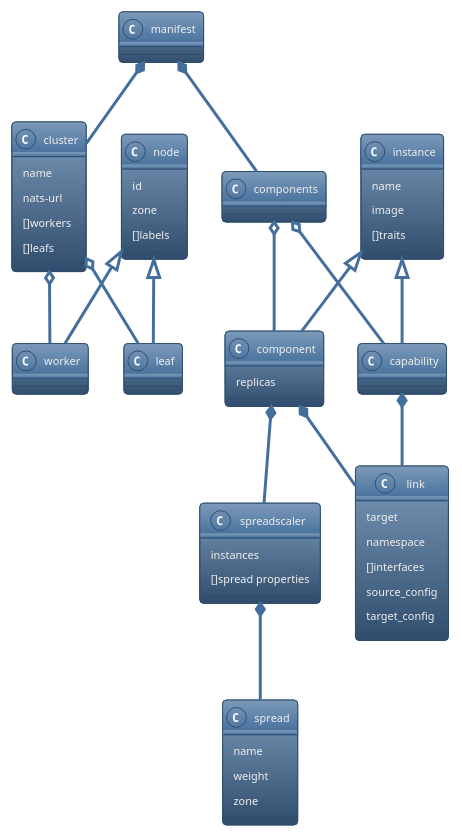
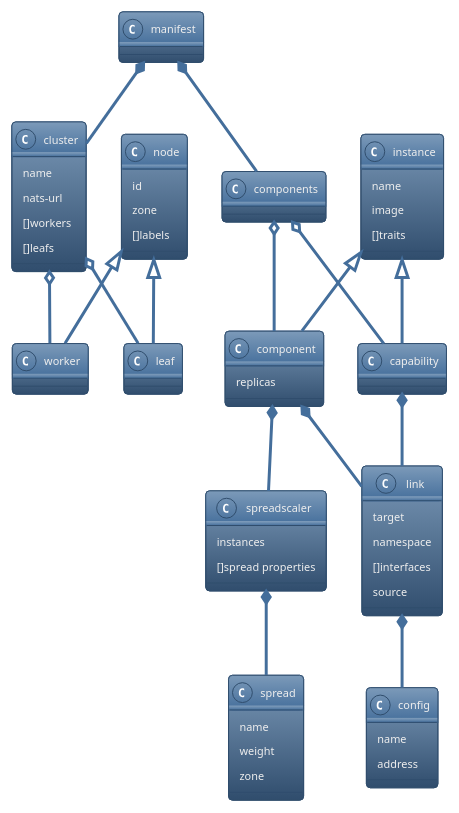
Before and after one commit to gandalf-the-white/togusa: the diagram in README.org, drawn with PlantUML. The commit also changed 3 other files, not shown here.

```diff
--- a/README.org
+++ b/README.org
@@ -8,46 +8,49 @@
 #+begin_src plantuml :file ./images/diagram.svg
 !theme spacelab
 scale 0.8
 manifest *-- cluster
 manifest *-- components
 components o-- component
 components o-- capability
 instance <|-- component
 instance <|-- capability
 component *-- spreadscaler
 component *-- link
 capability *-- link
 spreadscaler *-- spread
+link *-- config
 node <|-- worker
 node <|-- leaf
 cluster o-- worker
 cluster o-- leaf
 
 node : id
 node : zone
 node : []labels
 
 cluster : name
 cluster : nats-url
 cluster : []workers
 cluster : []leafs
 
 instance : name
 instance : image
 instance : []traits
 
 component : replicas
 
 spreadscaler : instances
 spreadscaler : []spread properties
 
 spread : name
 spread : weight
 spread : zone
 
 link : target
 link : namespace
 link : []interfaces
-link : source_config
-link : target_config
+link : source
+
+config : name
+config : address
 #+end_src
```
